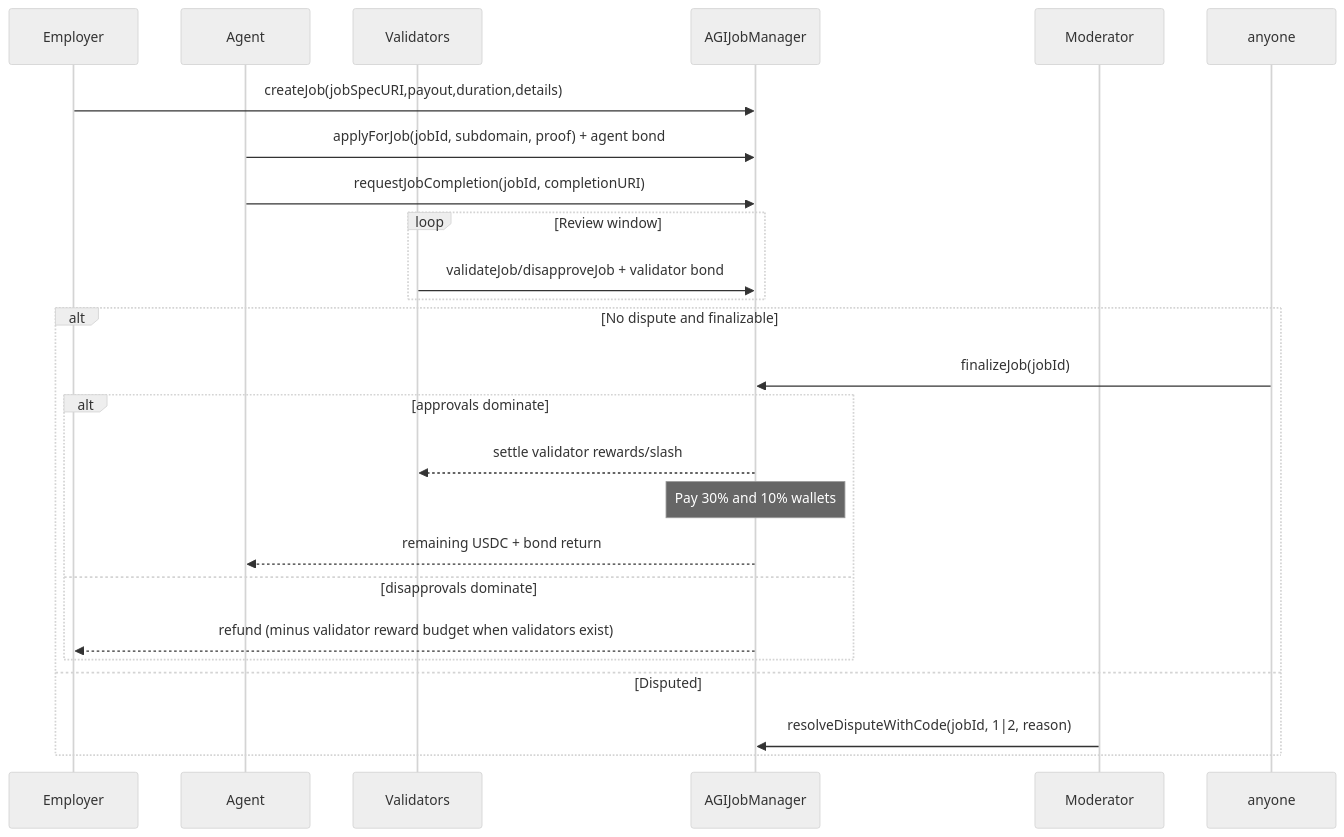
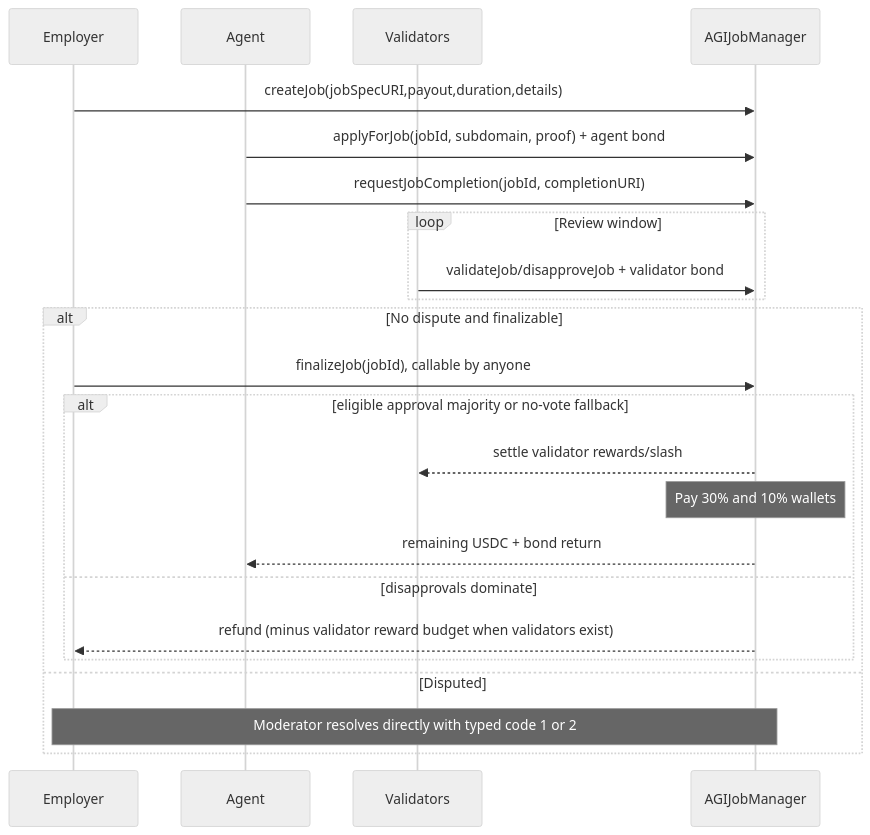
The second of 2 diagrams in docs/AGIJOBMANAGER.md (MontrealAI/AGIJobManager), drawn with Mermaid (neutral theme) before and after one commit. The commit also changed other lines of this file and 132 other files, not shown here.

````diff
--- a/docs/AGIJOBMANAGER.md
+++ b/docs/AGIJOBMANAGER.md
@@ -35,28 +37,27 @@
 ```mermaid
 sequenceDiagram
     participant E as Employer
     participant A as Agent
     participant V as Validators
     participant M as AGIJobManager
-    participant Mod as Moderator
 
     E->>M: createJob(jobSpecURI,payout,duration,details)
     A->>M: applyForJob(jobId, subdomain, proof) + agent bond
     A->>M: requestJobCompletion(jobId, completionURI)
     loop Review window
       V->>M: validateJob/disapproveJob + validator bond
     end
 
     alt No dispute and finalizable
-      anyone->>M: finalizeJob(jobId)
-      alt approvals dominate
+      E->>M: finalizeJob(jobId), callable by anyone
+      alt eligible approval majority or no-vote fallback
         M-->>V: settle validator rewards/slash
         Note over M: Pay 30% and 10% wallets
         M-->>A: remaining USDC + bond return
       else disapprovals dominate
         M-->>E: refund (minus validator reward budget when validators exist)
       end
     else Disputed
-      Mod->>M: resolveDisputeWithCode(jobId, 1|2, reason)
+      Note over E,M: Moderator resolves directly with typed code 1 or 2
     end
 ```
````
